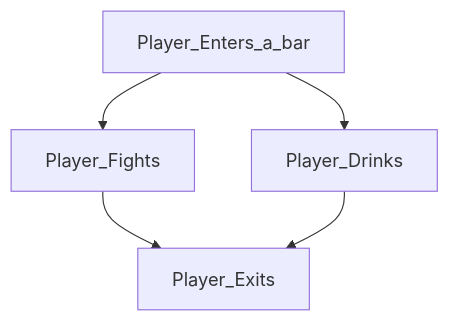
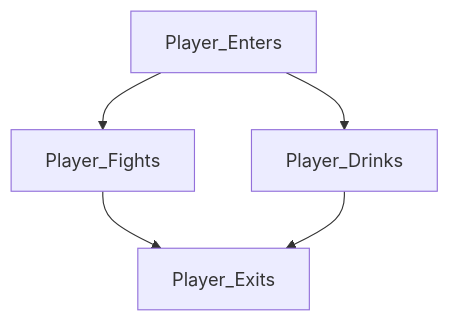
One commit to jasutsu/language changed the diagram in README.md. Above: the diagram before and after it, drawn with Mermaid. The commit also changed other lines of this file and 1 other file, not shown here.

````diff
--- a/README.md
+++ b/README.md
@@ -17,7 +90,7 @@
 ```mermaid
 graph TD;
-    Player_Enters_a_bar --> Player_Drinks;
-    Player_Enters_a_bar --> Player_Fights;
+    Player_Enters --> Player_Drinks;
+    Player_Enters --> Player_Fights;
     Player_Fights --> Player_Exits;
     Player_Drinks --> Player_Exits;
 ```
````
